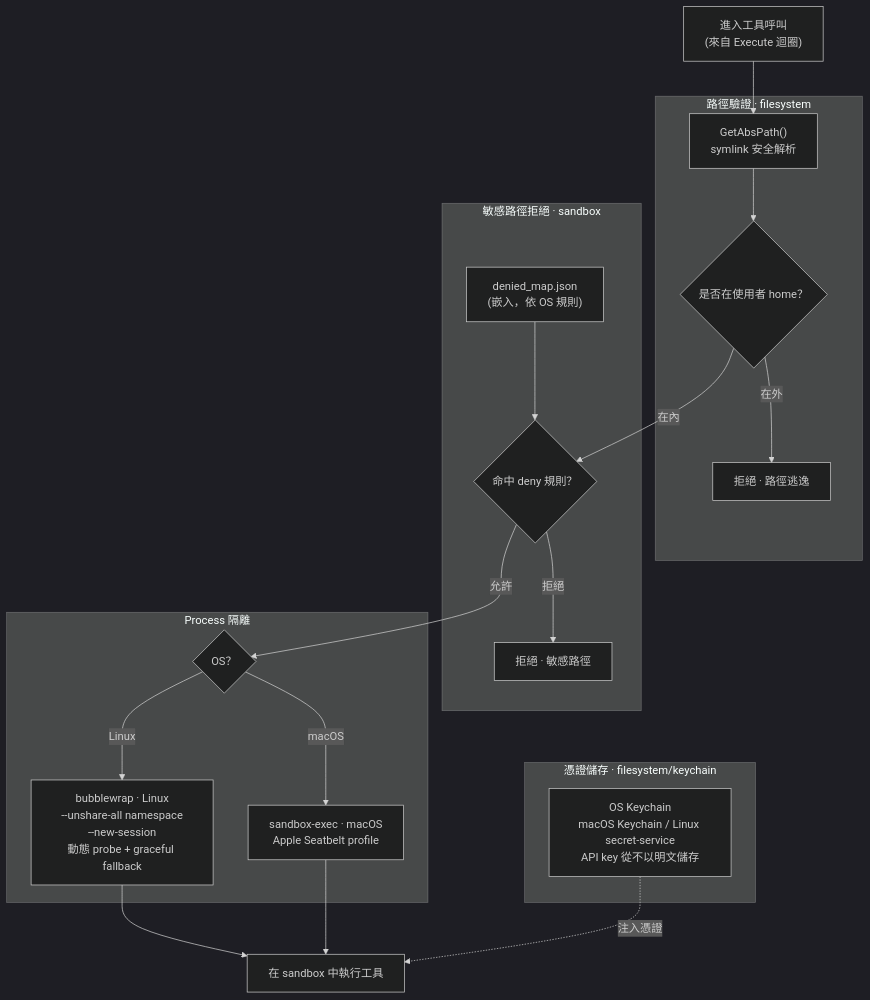
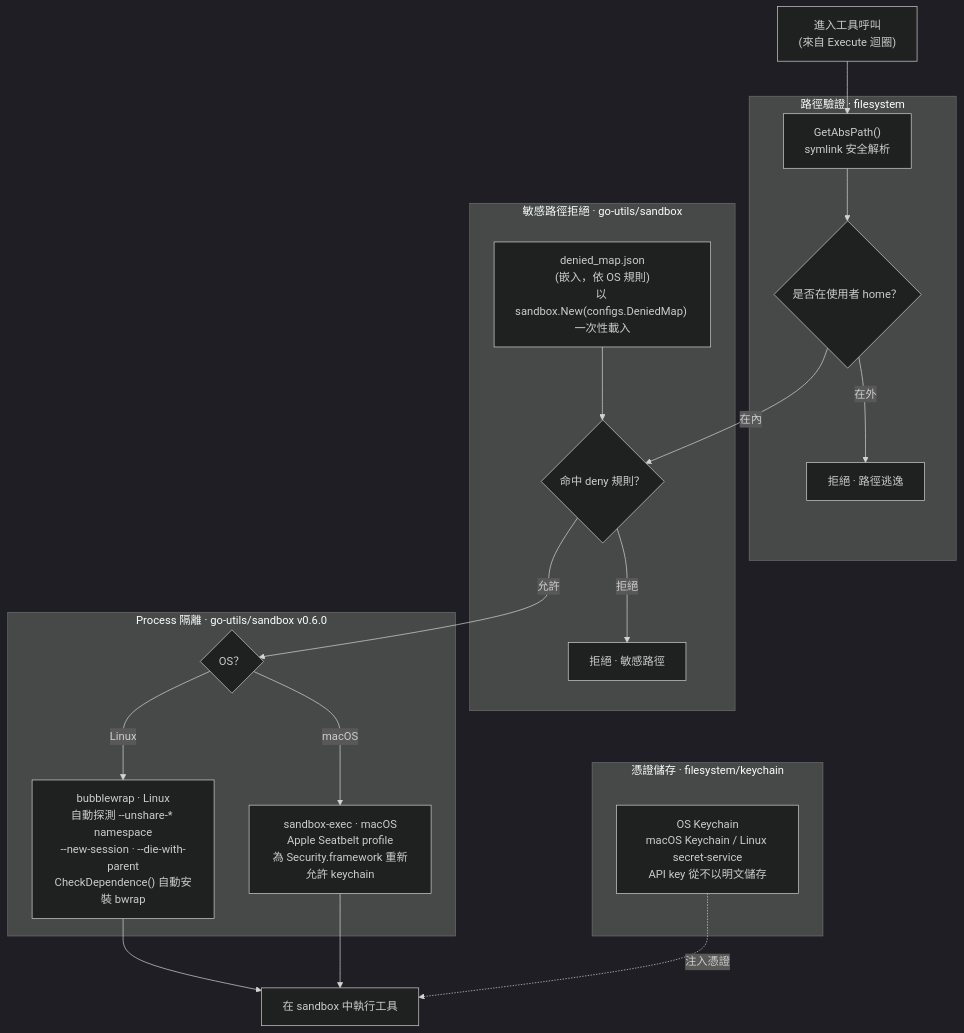
One commit to pardnchiu/Agenvoy changed the fourth of 9 diagrams in doc/architecture.zh.md. Above: the diagram before and after it, drawn with Mermaid (dark theme). The commit also changed 3 other files, not shown here.

````diff
--- a/doc/architecture.zh.md
+++ b/doc/architecture.zh.md
@@ -153,41 +153,41 @@
 ```mermaid
 flowchart TD
     ToolCall["進入工具呼叫\n(來自 Execute 迴圈)"]
 
     subgraph PathValidation ["路徑驗證 · filesystem"]
         AbsPath["GetAbsPath()\nsymlink 安全解析"]
         HomeCheck{"是否在使用者 home？"}
         Reject1["拒絕 · 路徑逃逸"]
     end
 
-    subgraph DeniedPaths ["敏感路徑拒絕 · sandbox"]
-        DenyMap["denied_map.json\n(嵌入，依 OS 規則)"]
+    subgraph DeniedPaths ["敏感路徑拒絕 · go-utils/sandbox"]
+        DenyMap["denied_map.json\n(嵌入，依 OS 規則)\n以 sandbox.New(configs.DeniedMap) 一次性載入"]
         DenyCheck{"命中 deny 規則？"}
         Reject2["拒絕 · 敏感路徑"]
     end
 
-    subgraph SandboxExec ["Process 隔離"]
+    subgraph SandboxExec ["Process 隔離 · go-utils/sandbox v0.6.0"]
         OSCheck{"OS？"}
-        Bwrap["bubblewrap · Linux\n--unshare-all namespace\n--new-session\n動態 probe + graceful fallback"]
-        SandboxExecMac["sandbox-exec · macOS\nApple Seatbelt profile"]
+        Bwrap["bubblewrap · Linux\n自動探測 --unshare-* namespace\n--new-session · --die-with-parent\nCheckDependence() 自動安裝 bwrap"]
+        SandboxExecMac["sandbox-exec · macOS\nApple Seatbelt profile\n為 Security.framework 重新允許 keychain"]
     end
 
     subgraph Keychain ["憑證儲存 · filesystem/keychain"]
         KC["OS Keychain\nmacOS Keychain / Linux secret-service\nAPI key 從不以明文儲存"]
     end
 
     Allow["在 sandbox 中執行工具"]
 
     ToolCall --> AbsPath
     AbsPath --> HomeCheck
     HomeCheck -->|"在外"| Reject1
     HomeCheck -->|"在內"| DenyCheck
     DenyMap --> DenyCheck
     DenyCheck -->|"拒絕"| Reject2
     DenyCheck -->|"允許"| OSCheck
     OSCheck -->|"Linux"| Bwrap
     OSCheck -->|"macOS"| SandboxExecMac
     Bwrap --> Allow
     SandboxExecMac --> Allow
     KC -.->|"注入憑證"| Allow
 ```
````
